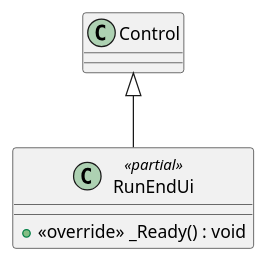
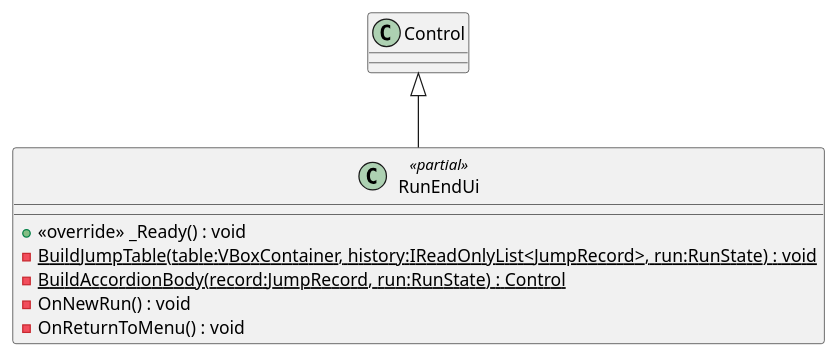
One commit to Tai-trinh/skock changed the diagram in diagrams/csharp/client/src/meta/RunEndUi.puml. Above: the diagram before and after it, drawn with PlantUML. The commit also changed 50 other files, not shown here.

```diff
--- a/diagrams/csharp/client/src/meta/RunEndUi.puml
+++ b/diagrams/csharp/client/src/meta/RunEndUi.puml
@@ -1,6 +1,10 @@
 @startuml
 class RunEndUi <<partial>> {
     + <<override>> _Ready() : void
+    - {static} BuildJumpTable(table:VBoxContainer, history:IReadOnlyList<JumpRecord>, run:RunState) : void
+    - {static} BuildAccordionBody(record:JumpRecord, run:RunState) : Control
+    - OnNewRun() : void
+    - OnReturnToMenu() : void
 }
 Control <|-- RunEndUi
 @enduml
```
